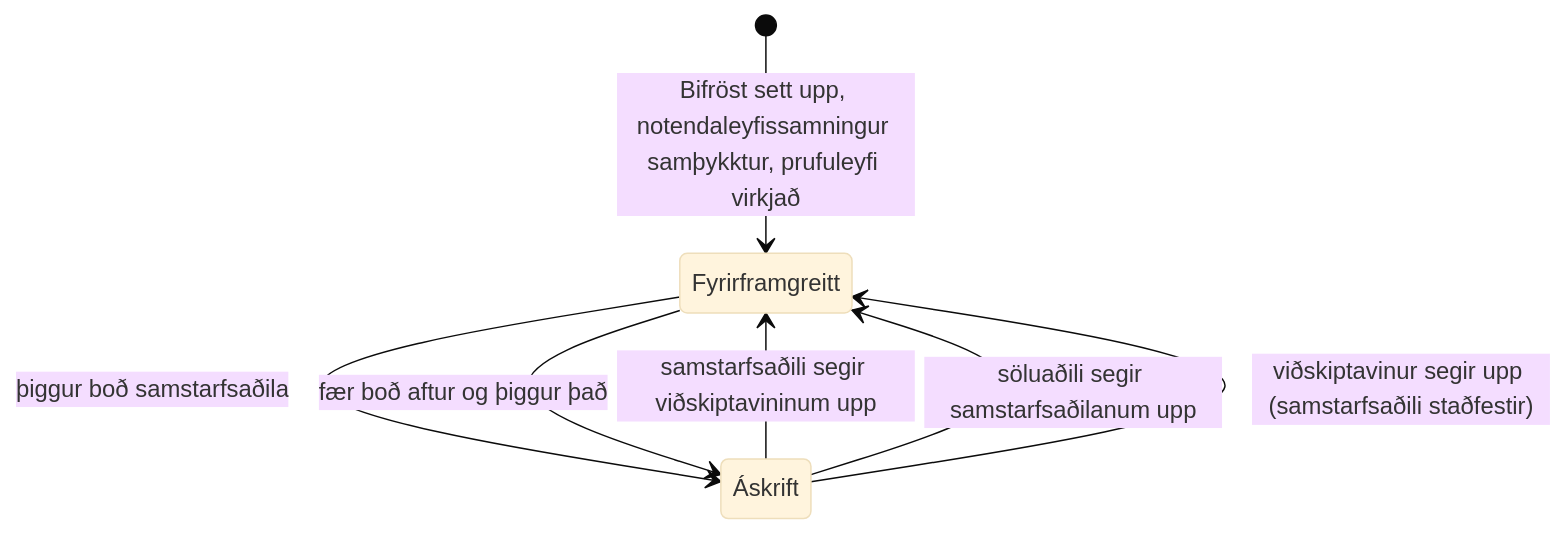
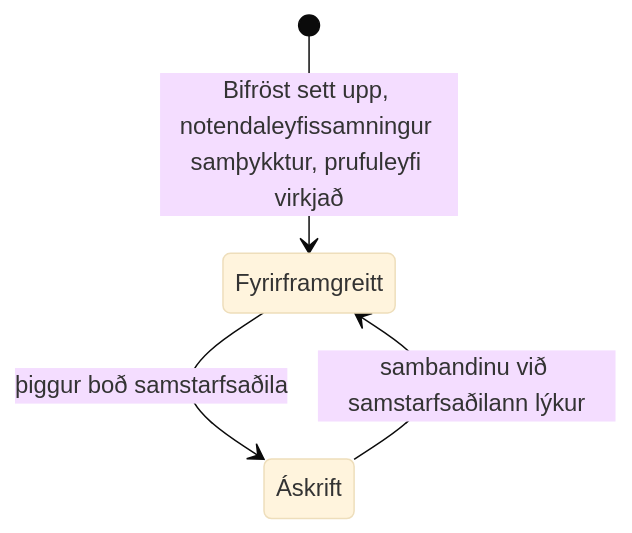
The diagram in i18n/is-IS/docusaurus-plugin-content-docs-licensing/current/index.md (businesscentralal/bifrost), drawn with Mermaid (base theme) before and after one commit. The commit also changed other lines of this file and 40 other files, not shown here.

````diff
--- a/i18n/is-IS/docusaurus-plugin-content-docs-licensing/current/index.md
+++ b/i18n/is-IS/docusaurus-plugin-content-docs-licensing/current/index.md
@@ -59,11 +39,8 @@
 ```mermaid
 stateDiagram-v2
     state "Fyrirframgreitt" as Prepaid
     state "Áskrift" as Subscription
     [*] --> Prepaid: Bifröst sett upp, notendaleyfissamningur samþykktur, prufuleyfi virkjað
     Prepaid --> Subscription: þiggur boð samstarfsaðila
-    Subscription --> Prepaid: samstarfsaðili segir viðskiptavininum upp
-    Subscription --> Prepaid: söluaðili segir samstarfsaðilanum upp
-    Subscription --> Prepaid: viðskiptavinur segir upp (samstarfsaðili staðfestir)
-    Prepaid --> Subscription: fær boð aftur og þiggur það
+    Subscription --> Prepaid: sambandinu við samstarfsaðilann lýkur
 ```
````
